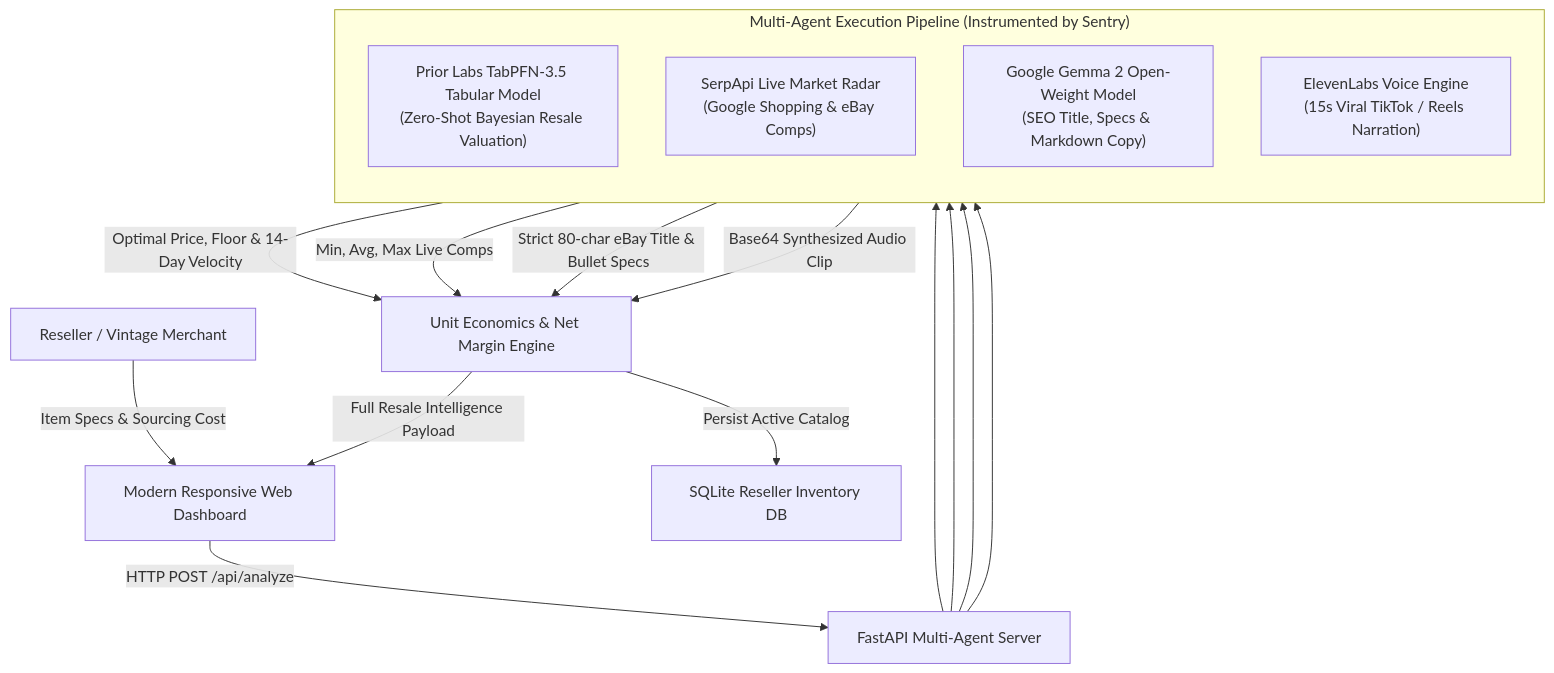
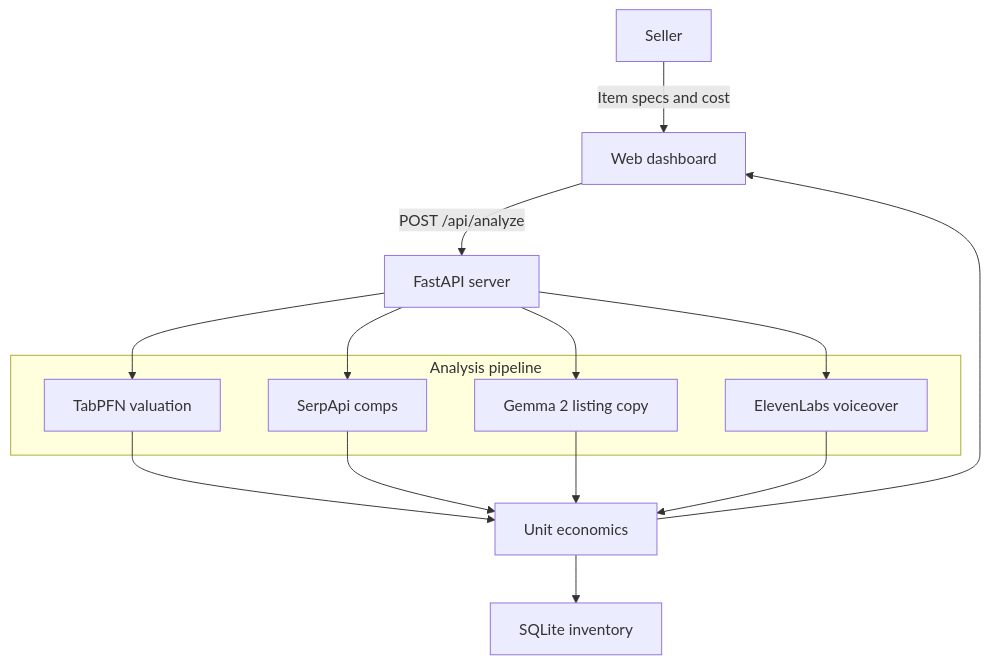
One commit to ritikahirwar8168-dev/pricecraft-ai changed the diagram in README.md. Above: the diagram before and after it, drawn with Mermaid. The commit also changed other lines of this file, not shown here.

````diff
--- a/README.md
+++ b/README.md
@@ -30,26 +45,25 @@
 ```mermaid
 flowchart TD
-    User["Reseller / Vintage Merchant"] -->|"Item Specs & Sourcing Cost"| UI["Modern Responsive Web Dashboard"]
-    UI -->|"HTTP POST /api/analyze"| API["FastAPI Multi-Agent Server"]
+    User["Seller"] -->|"Item specs and cost"| UI["Web dashboard"]
+    UI -->|"POST /api/analyze"| API["FastAPI server"]
 
-    subgraph AgentPipeline ["Multi-Agent Execution Pipeline (Instrumented by Sentry)"]
-        direction TB
-        TabPFN["Prior Labs TabPFN-3.5 Tabular Model<br/>(Zero-Shot Bayesian Resale Valuation)"]
-        SerpApi["SerpApi Live Market Radar<br/>(Google Shopping & eBay Comps)"]
-        Gemma2["Google Gemma 2 Open-Weight Model<br/>(SEO Title, Specs & Markdown Copy)"]
-        ElevenLabs["ElevenLabs Voice Engine<br/>(15s Viral TikTok / Reels Narration)"]
+    subgraph Pipeline ["Analysis pipeline"]
+        TabPFN["TabPFN valuation"]
+        SerpApi["SerpApi comps"]
+        Gemma2["Gemma 2 listing copy"]
+        ElevenLabs["ElevenLabs voiceover"]
     end
 
     API --> TabPFN
     API --> SerpApi
     API --> Gemma2
     API --> ElevenLabs
 
-    TabPFN -->|"Optimal Price, Floor & 14-Day Velocity"| Aggregator["Unit Economics & Net Margin Engine"]
-    SerpApi -->|"Min, Avg, Max Live Comps"| Aggregator
-    Gemma2 -->|"Strict 80-char eBay Title & Bullet Specs"| Aggregator
-    ElevenLabs -->|"Base64 Synthesized Audio Clip"| Aggregator
+    TabPFN --> Aggregator["Unit economics"]
+    SerpApi --> Aggregator
+    Gemma2 --> Aggregator
+    ElevenLabs --> Aggregator
 
-    Aggregator -->|"Full Resale Intelligence Payload"| UI
-    Aggregator -->|"Persist Active Catalog"| SQLite["SQLite Reseller Inventory DB"]
+    Aggregator --> UI
+    Aggregator --> SQLite["SQLite inventory"]
 ```
````
